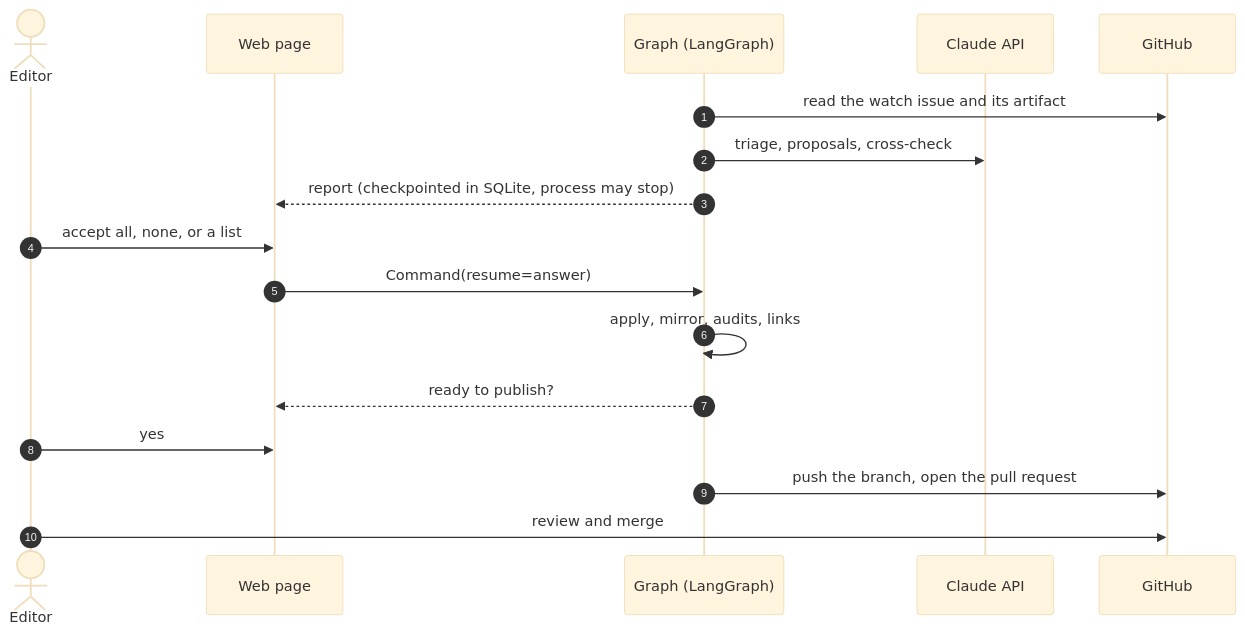
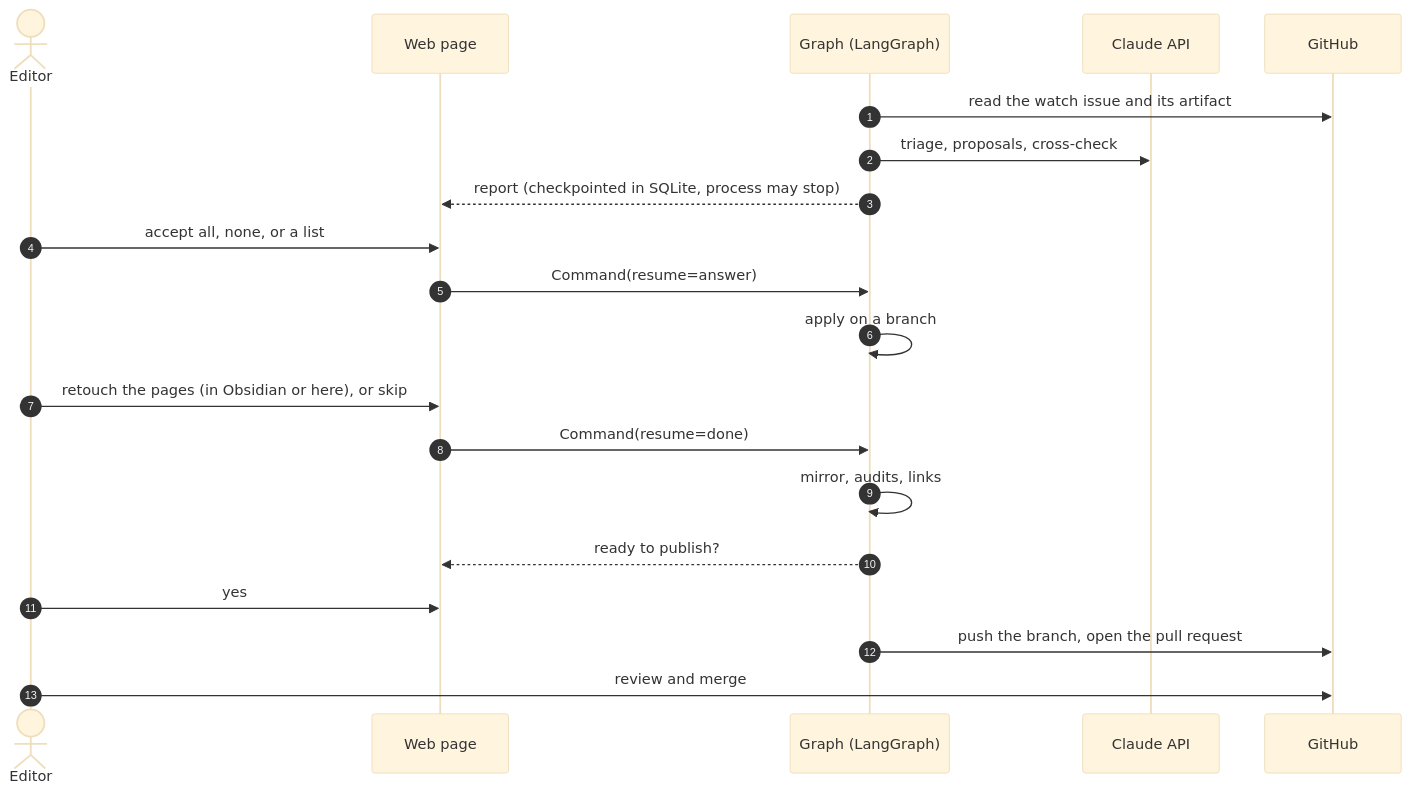
The fourth of 6 diagrams in docs/presentation.md (DamienBecherini/vault-watch-agent), drawn with Mermaid (base theme) before and after one commit. The commit also changed other lines of this file and 22 other files, not shown here.

Commit message:
H3: a pause to retouch the pages of the branch before the mirrors (the guide's folder lent to Obsidian, drafts set aside and put back, an editor in the page, the retouches committed as the editor's; resume --retouch)

````diff
--- a/docs/presentation.md
+++ b/docs/presentation.md
@@ -119,19 +119,22 @@
 ```mermaid
 sequenceDiagram
   autonumber
   actor E as Editor
   participant W as Web page
   participant G as Graph (LangGraph)
   participant C as Claude API
   participant H as GitHub
   G->>H: read the watch issue and its artifact
   G->>C: triage, proposals, cross-check
   G-->>W: report (checkpointed in SQLite, process may stop)
   E->>W: accept all, none, or a list
   W->>G: Command(resume=answer)
-  G->>G: apply, mirror, audits, links
+  G->>G: apply on a branch
+  E->>W: retouch the pages (in Obsidian or here), or skip
+  W->>G: Command(resume=done)
+  G->>G: mirror, audits, links
   G-->>W: ready to publish?
   E->>W: yes
   G->>H: push the branch, open the pull request
   E->>H: review and merge
 ```
````
